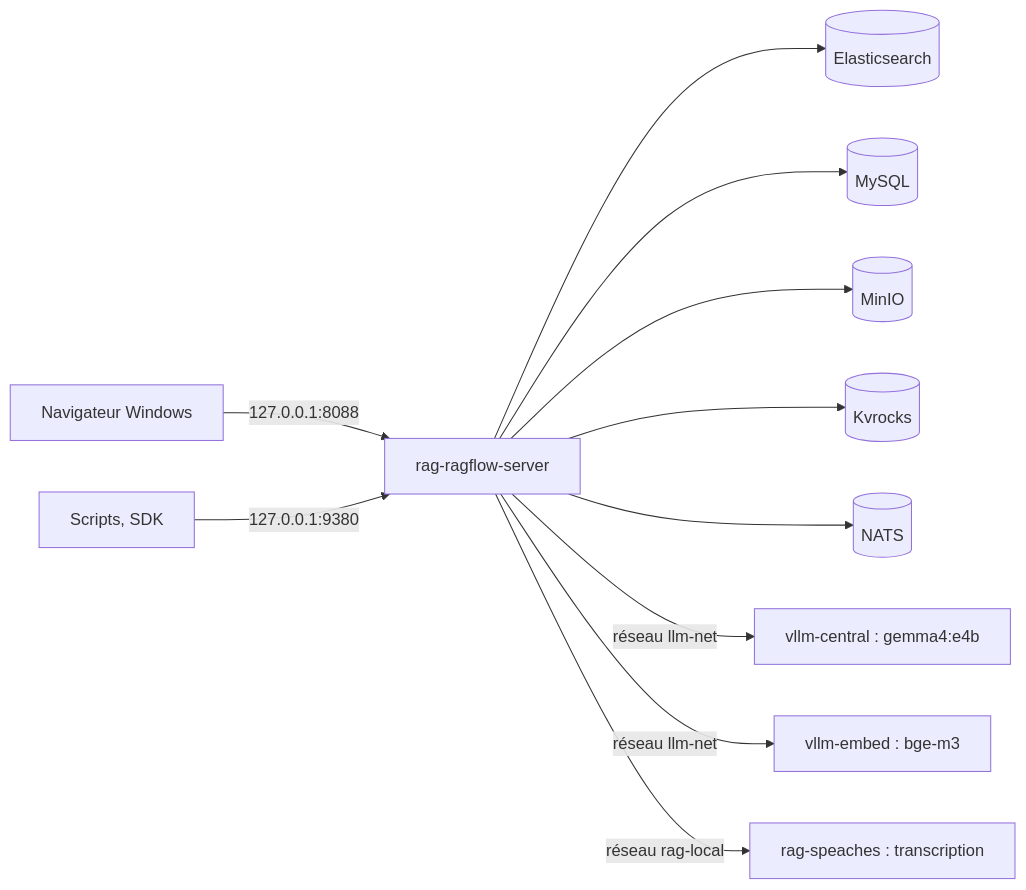
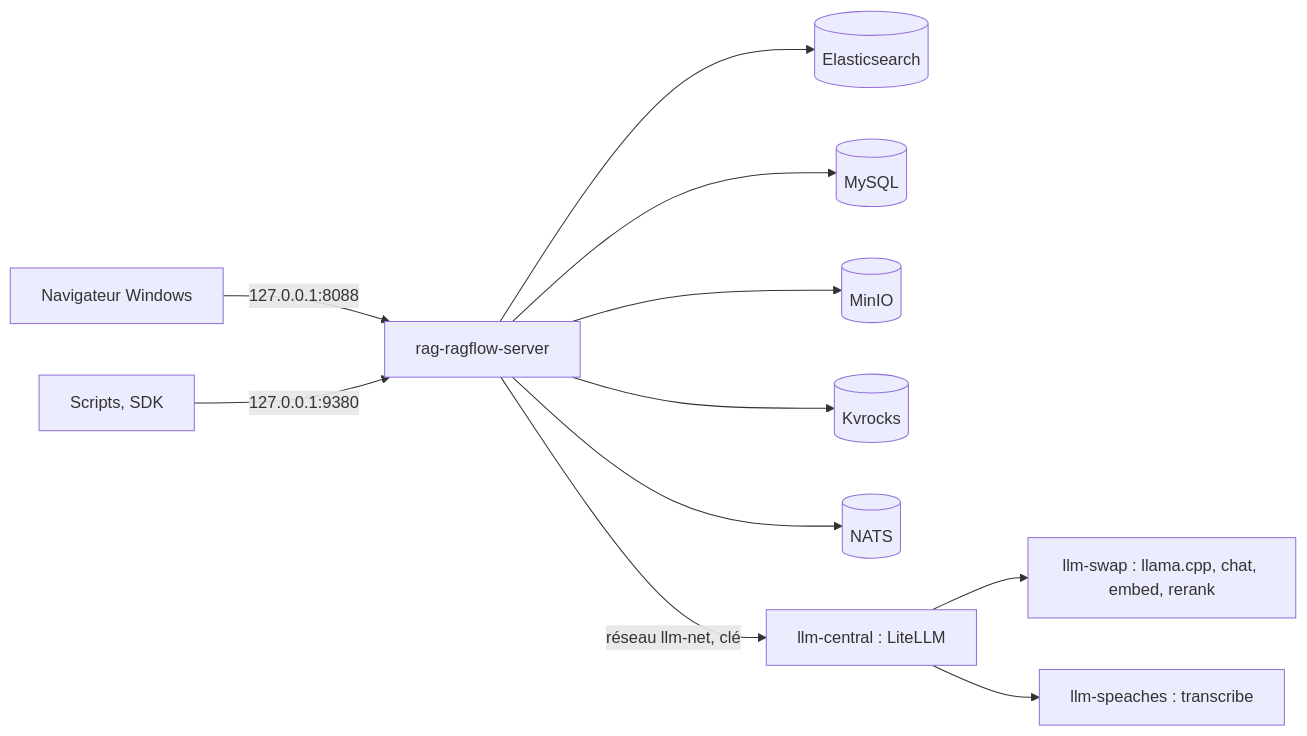
Before and after one commit to floSa/RAGFlow-Test-Bench: the diagram in docs/ragflow/annexes/A5-fonctionnement-interne.md, drawn with Mermaid. The commit also changed other lines of this file and 3 other files, not shown here.

Commit message:
Documentation : README (architecture et versions llama.cpp, llama-swap, LiteLLM), annexes A4 et A5 alignées sur le service LLM central

````diff
--- a/docs/ragflow/annexes/A5-fonctionnement-interne.md
+++ b/docs/ragflow/annexes/A5-fonctionnement-interne.md
@@ -63,13 +63,13 @@
 ```mermaid
 flowchart LR
   N[Navigateur Windows] -->|127.0.0.1:8088| S[rag-ragflow-server]
   P[Scripts, SDK] -->|127.0.0.1:9380| S
   S --> E[(Elasticsearch)]
   S --> M[(MySQL)]
   S --> O[(MinIO)]
   S --> K[(Kvrocks)]
   S --> Q[(NATS)]
-  S -->|réseau llm-net| V[vllm-central : gemma4:e4b]
-  S -->|réseau llm-net| W[vllm-embed : bge-m3]
-  S -->|réseau rag-local| A[rag-speaches : transcription]
+  S -->|réseau llm-net, clé| V[llm-central : LiteLLM]
+  V --> W[llm-swap : llama.cpp, chat, embed, rerank]
+  V --> A[llm-speaches : transcribe]
 ```
````
